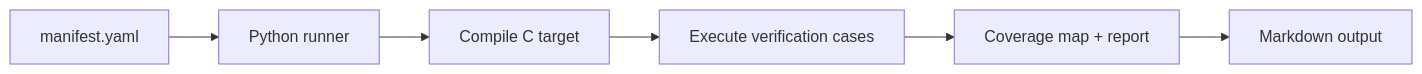
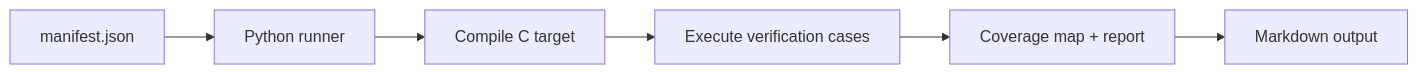
One commit to Praharsh-Projects/verification-automation-harness changed the diagram in README.md. Above: the diagram before and after it, drawn with Mermaid. The commit also changed other lines of this file and 4 other files, not shown here.

````diff
--- a/README.md
+++ b/README.md
@@ -19,8 +19,8 @@
 ```mermaid
 flowchart LR
-    A[manifest.yaml] --> B[Python runner]
+    A[manifest.json] --> B[Python runner]
     B --> C[Compile C target]
     C --> D[Execute verification cases]
     D --> E[Coverage map + report]
     E --> F[Markdown output]
 ```
````
